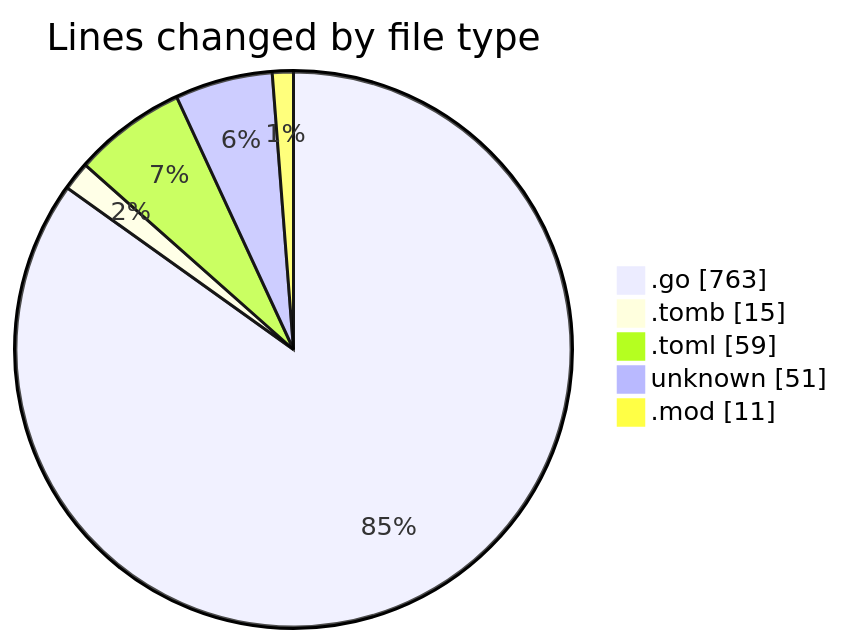
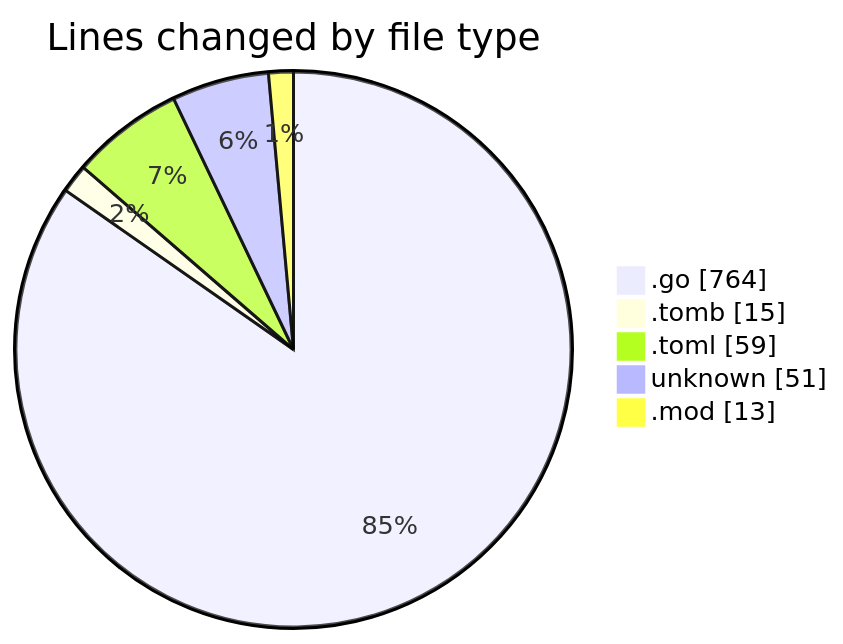
Before and after one commit to Ritupan-Deka/code-tracking: the first of 2 diagrams in 2025-10-31/backend/README.md, drawn with Mermaid. The commit also changed other lines of this file and 1 other file, not shown here.

````diff
--- a/2025-10-31/backend/README.md
+++ b/2025-10-31/backend/README.md
@@ -29,9 +29,9 @@
 ```mermaid
 pie showData
 title Lines changed by file type
-".go" : 763
+".go" : 764
 ".tomb" : 15
 ".toml" : 59
 "unknown" : 51
-".mod" : 11
+".mod" : 13
 ```
````
